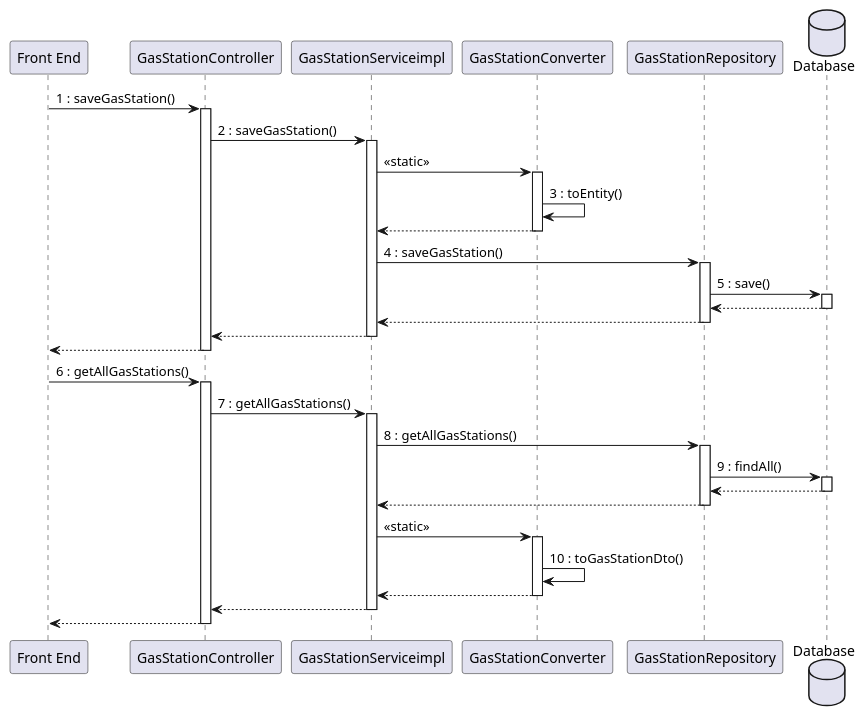
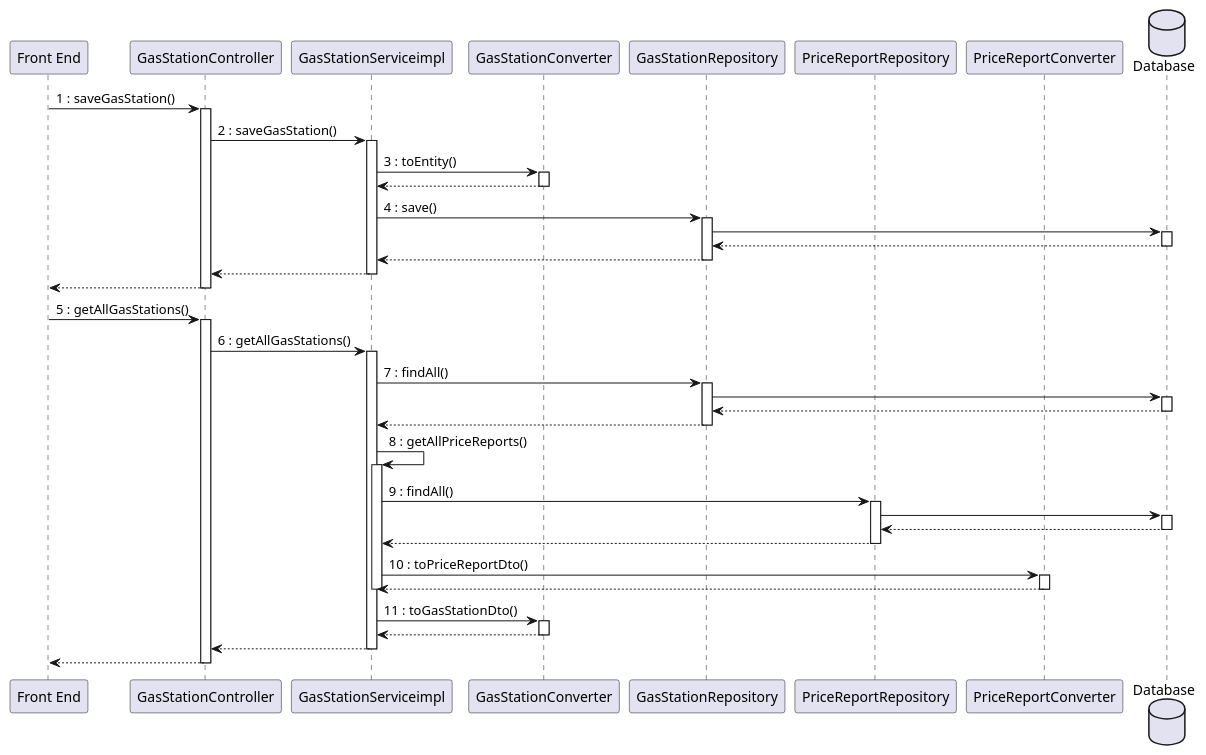
Before and after one commit to mosTavassoli/ezgas: the ninth of 15 diagrams in docs/DesignDocument.md, drawn with PlantUML. The commit also changed other lines of this file, not shown here.

Commit message:
docs(DesignDocument): fix and improve sequence diagrams

````diff
--- a/docs/DesignDocument.md
+++ b/docs/DesignDocument.md
@@ -643,36 +638,46 @@
 ```plantuml
 database Database order 30
 "Front End" -> GasStationController:1 : saveGasStation()
 activate GasStationController
 GasStationController -> GasStationServiceimpl:2 : saveGasStation()
 activate GasStationServiceimpl
-GasStationServiceimpl -> GasStationConverter:<<static>>
+GasStationServiceimpl -> GasStationConverter:3 : toEntity()
 activate GasStationConverter
-GasStationConverter -> GasStationConverter:3 : toEntity()
 return
-GasStationServiceimpl -> GasStationRepository:4 : saveGasStation()
+GasStationServiceimpl -> GasStationRepository:4 : save()
 activate GasStationRepository
-GasStationRepository -> Database:5 : save()
+GasStationRepository -> Database
 activate Database
 return
 return
 return
 return
 
-"Front End" -> GasStationController:6 : getAllGasStations()
+"Front End" -> GasStationController:5 : getAllGasStations()
 activate GasStationController
-GasStationController -> GasStationServiceimpl:7 : getAllGasStations()
+GasStationController -> GasStationServiceimpl:6 : getAllGasStations()
 activate GasStationServiceimpl
-GasStationServiceimpl -> GasStationRepository:8 : getAllGasStations()
+GasStationServiceimpl -> GasStationRepository:7 : findAll()
 activate GasStationRepository
-GasStationRepository -> Database:9 : findAll()
+GasStationRepository -> Database
 activate Database
 return
 return
-GasStationServiceimpl -> GasStationConverter:<<static>>
+GasStationServiceimpl -> GasStationServiceimpl:8 : getAllPriceReports()
+activate GasStationServiceimpl
+GasStationServiceimpl -> PriceReportRepository:9 : findAll()
+activate PriceReportRepository
+PriceReportRepository -> Database
+activate Database
+return
+return
+GasStationServiceimpl -> PriceReportConverter:10 : toPriceReportDto()
+activate PriceReportConverter
+return
+deactivate GasStationServiceimpl
+GasStationServiceimpl -> GasStationConverter:11 : toGasStationDto()
 activate GasStationConverter
-GasStationConverter -> GasStationConverter:10 : toGasStationDto()
 return
 return
 return
 ```
````
